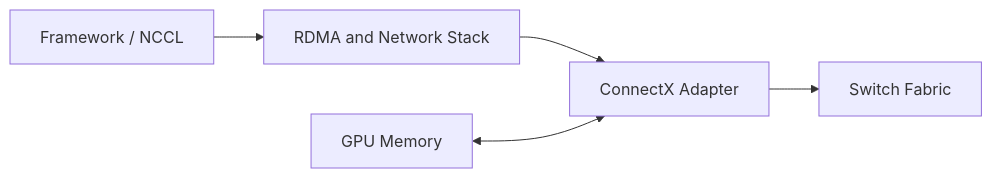
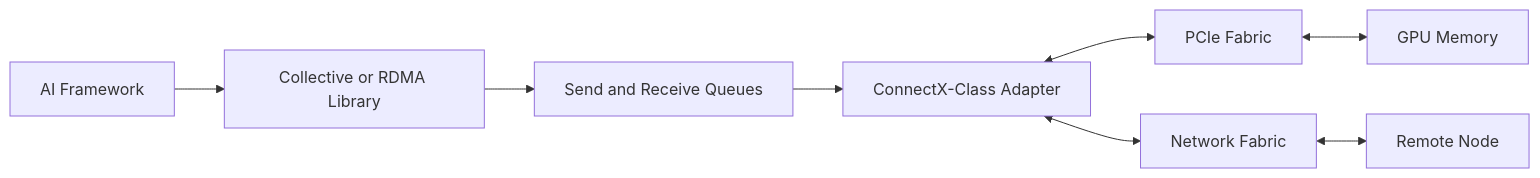
The first of 3 diagrams in docs/nvidia-zero-to-hero/volume-07/chapter-07-connectx-and-gpu-network-adapters.md (jithinpnjm/nvidia-devops), drawn with Mermaid before and after one commit. The commit also changed other lines of this file and 7 other files, not shown here.

````diff
--- a/docs/nvidia-zero-to-hero/volume-07/chapter-07-connectx-and-gpu-network-adapters.md
+++ b/docs/nvidia-zero-to-hero/volume-07/chapter-07-connectx-and-gpu-network-adapters.md
@@ -18,11 +53,15 @@
 ```mermaid
 flowchart LR
-    App[Framework / NCCL]
-    RDMA[RDMA and Network Stack]
-    NIC[ConnectX Adapter]
-    Fabric[Switch Fabric]
+    App[AI Framework]
+    Collective[Collective or RDMA Library]
+    Queues[Send and Receive Queues]
+    Adapter[ConnectX-Class Adapter]
+    PCIe[PCIe Fabric]
     GPU[GPU Memory]
+    Fabric[Network Fabric]
+    Remote[Remote Node]
 
-    App --> RDMA --> NIC --> Fabric
-    GPU <--> NIC
+    App --> Collective --> Queues --> Adapter
+    Adapter <--> PCIe <--> GPU
+    Adapter <--> Fabric <--> Remote
 ```
````
